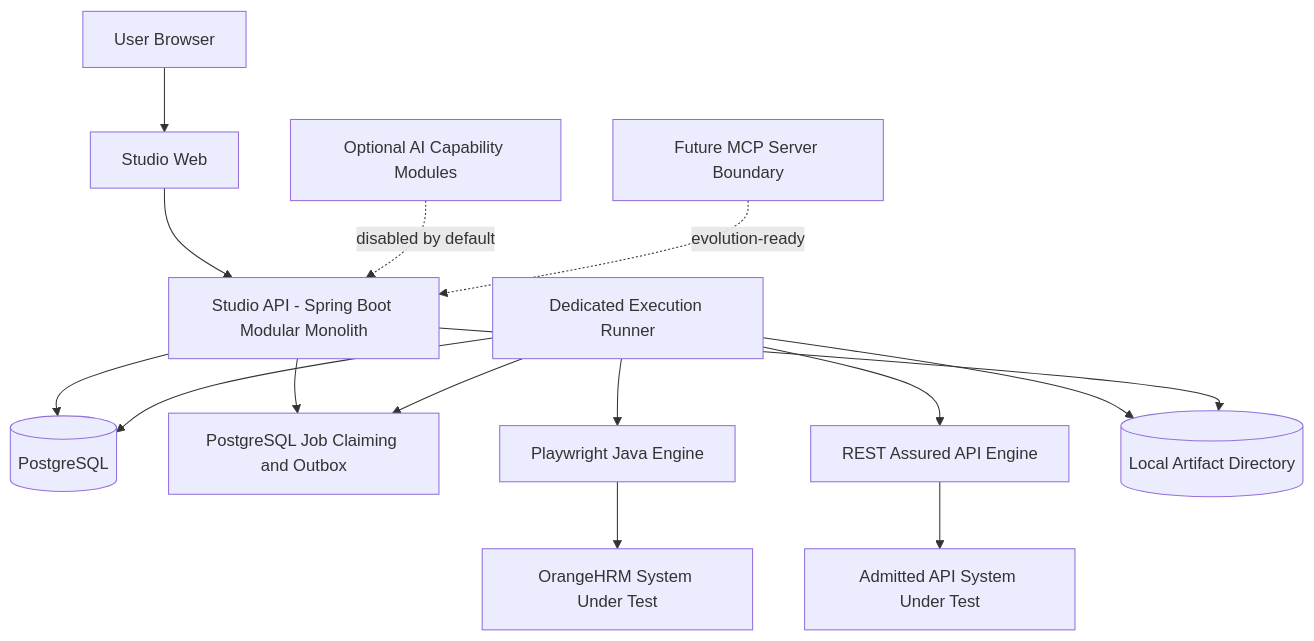
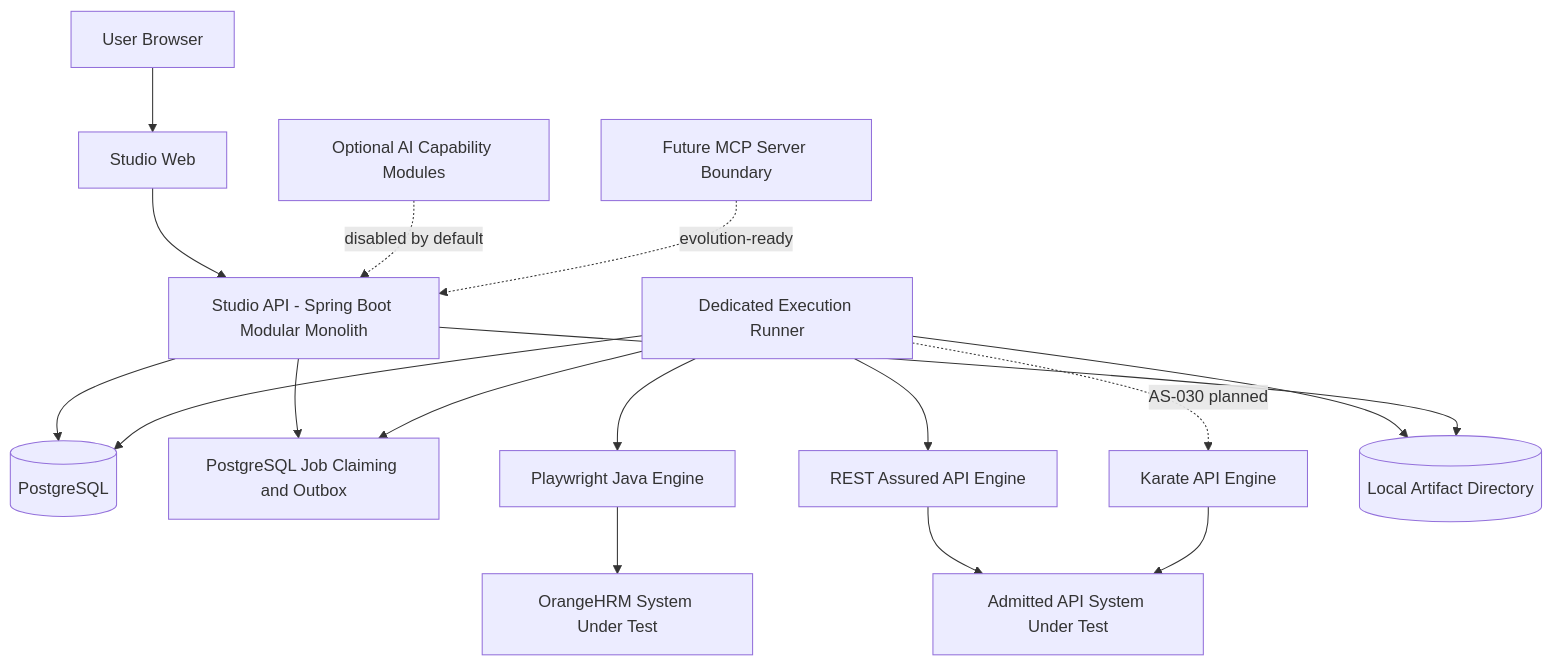
One commit to niteshcodespace/automation-studio changed the first of 2 diagrams in docs/architecture/deployment.md. Above: the diagram before and after it, drawn with Mermaid. The commit also changed other lines of this file and 8 other files, not shown here.

Commit message:
docs(engine): define Karate execution security architecture (AS-030A)

````diff
--- a/docs/architecture/deployment.md
+++ b/docs/architecture/deployment.md
@@ -36,18 +36,20 @@
 ```mermaid
 flowchart TB
     User[User Browser] --> Web[Studio Web]
     Web --> Api[Studio API - Spring Boot Modular Monolith]
     Api --> Db[(PostgreSQL)]
     Api --> Jobs[PostgreSQL Job Claiming and Outbox]
     Runner[Dedicated Execution Runner] --> Jobs
     Runner --> Db
     Runner --> Playwright[Playwright Java Engine]
     Runner --> RestAssured[REST Assured API Engine]
+    Runner -. AS-030 planned .-> Karate[Karate API Engine]
     Playwright --> Sut[OrangeHRM System Under Test]
     RestAssured --> ApiSut[Admitted API System Under Test]
+    Karate --> ApiSut
     Runner --> Files[(Local Artifact Directory)]
     Api --> Files
 
     Ai[Optional AI Capability Modules] -. disabled by default .-> Api
     Mcp[Future MCP Server Boundary] -. evolution-ready .-> Api
 ```
````
